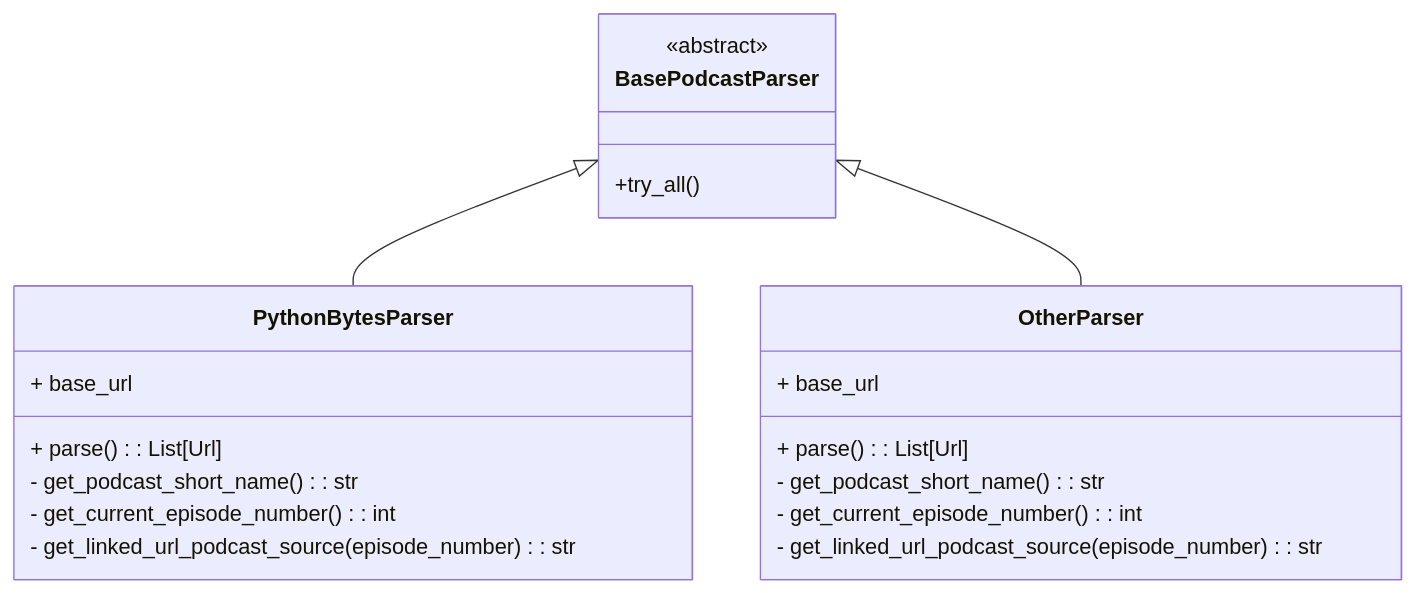
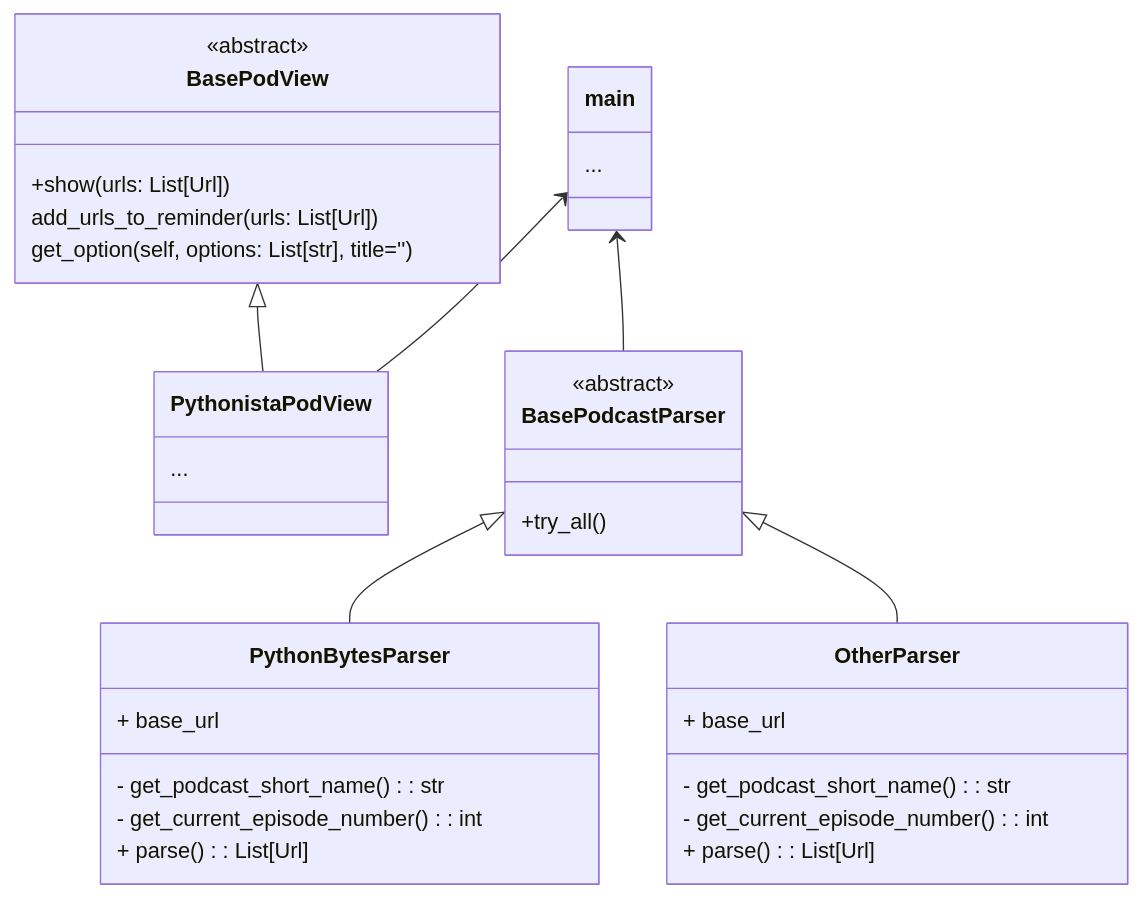
The diagram in docs/class_diagram.mmd (engdan77/memocast), drawn with Mermaid before and after one commit.

Commit message:
Add class diagram over main pieces

```diff
--- a/docs/class_diagram.mmd
+++ b/docs/class_diagram.mmd
@@ -1,24 +1,40 @@
 classDiagram
     BasePodcastParser <|-- PythonBytesParser
     BasePodcastParser <|-- OtherParser
+    BasePodView <|-- PythonistaPodView
+    main <-- PythonistaPodView
+    main <-- BasePodcastParser
 
 class BasePodcastParser {
     <<abstract>>
     +try_all()
     }
 
 class PythonBytesParser {
     + base_url
-    + parse() : List[Url]
     - get_podcast_short_name() : str
     - get_current_episode_number() : int
-    - get_linked_url_podcast_source(episode_number) : str
+    + parse() : List[Url]
     }
 
 class OtherParser {
     + base_url
-    + parse() : List[Url]
     - get_podcast_short_name() : str
     - get_current_episode_number() : int
-    - get_linked_url_podcast_source(episode_number) : str
+    + parse() : List[Url]
     }
+
+class BasePodView {
+    <<abstract>>
+    +show(urls: List[Url])
+    add_urls_to_reminder(urls: List[Url])
+    get_option(self, options: List[str], title='')
+}
+
+class PythonistaPodView {
+    ...
+}
+
+class main {
+    ...
+}
```
